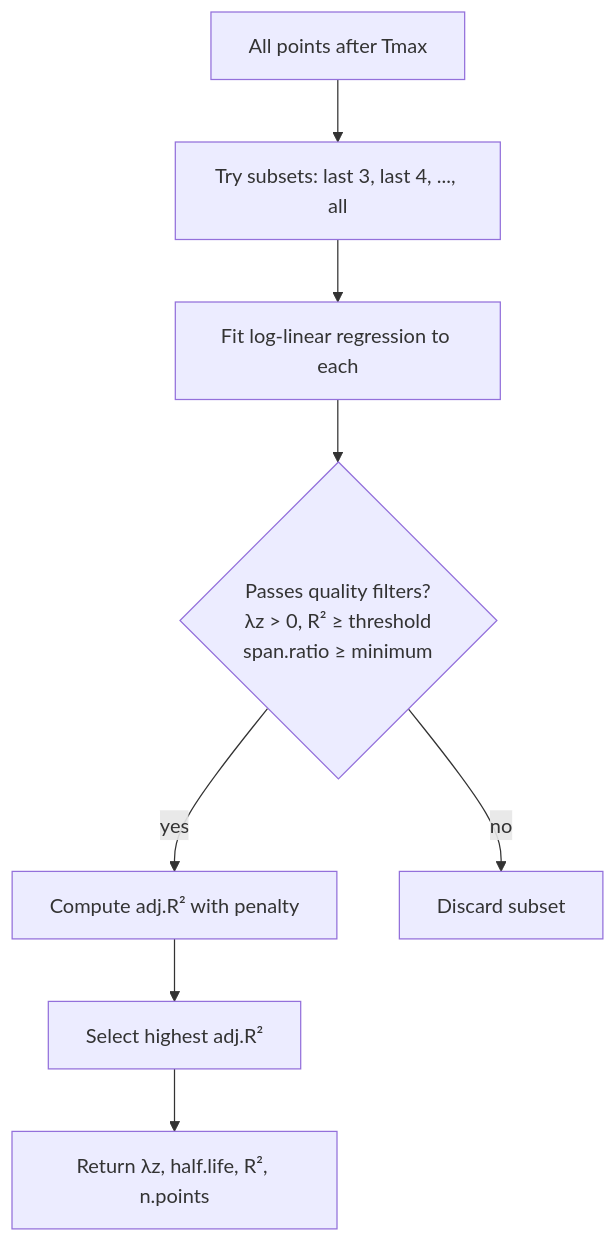
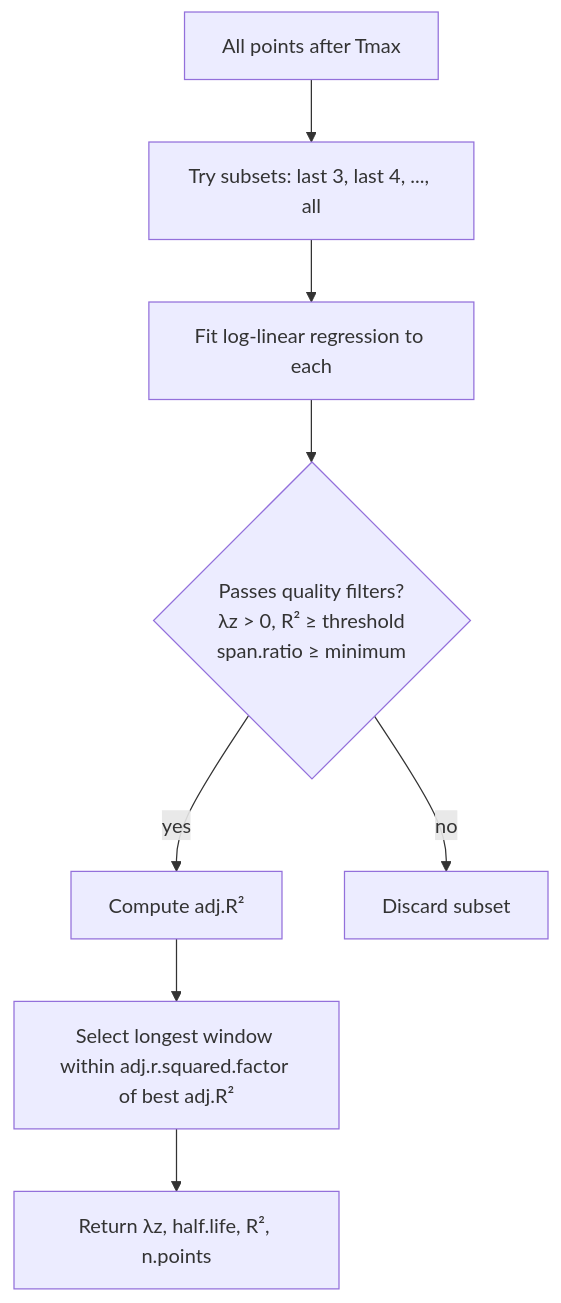
The diagram in user/halflife.qmd (TeunP/PKNCA.doc), drawn with Mermaid before and after one commit. The commit also changed other lines of this file and 10 other files, not shown here.

````diff
--- a/user/halflife.qmd
+++ b/user/halflife.qmd
@@ -30,10 +31,10 @@
 ```{mermaid}
 flowchart TD
     A["All points after Tmax"] --> B["Try subsets: last 3, last 4, ..., all"]
     B --> C["Fit log-linear regression to each"]
     C --> D{"Passes quality filters?\nλz > 0, R² ≥ threshold\nspan.ratio ≥ minimum"}
-    D -- yes --> E["Compute adj.R² with penalty"]
+    D -- yes --> E["Compute adj.R²"]
     D -- no --> F["Discard subset"]
-    E --> G["Select highest adj.R²"]
+    E --> G["Select longest window within adj.r.squared.factor of best adj.R²"]
     G --> H["Return λz, half.life, R², n.points"]
 ```
````
